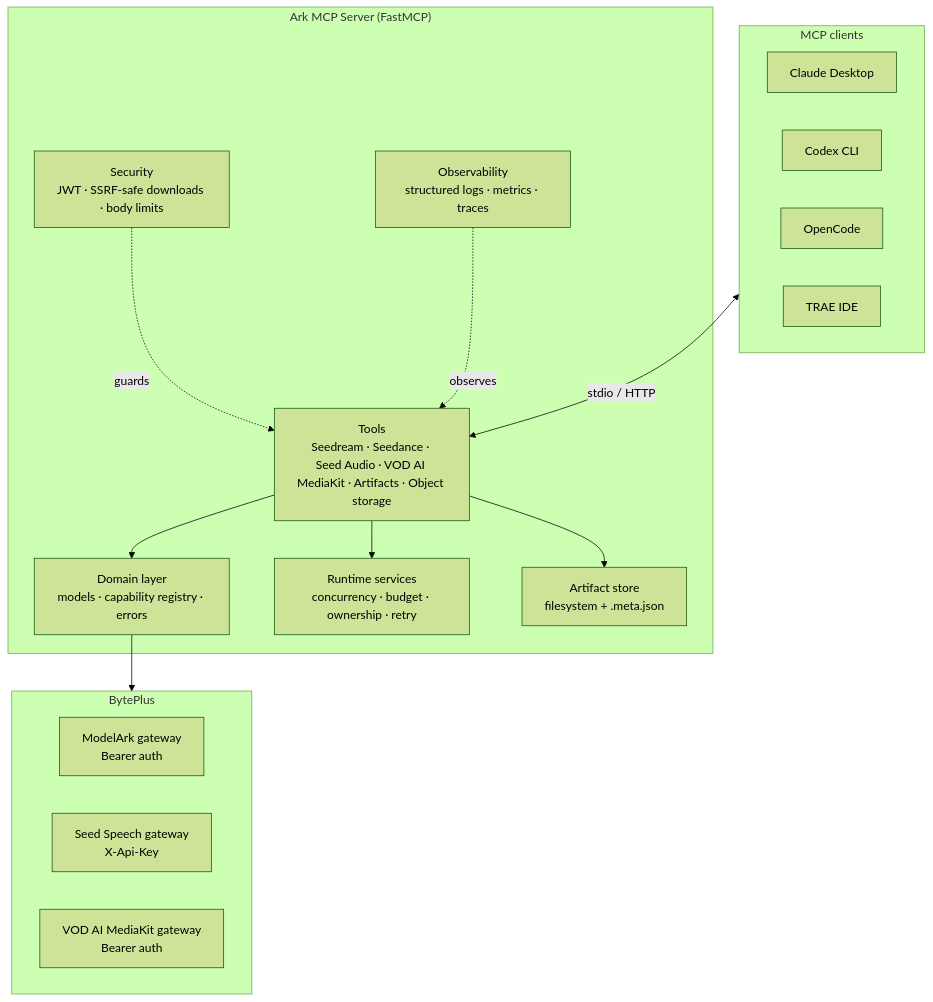
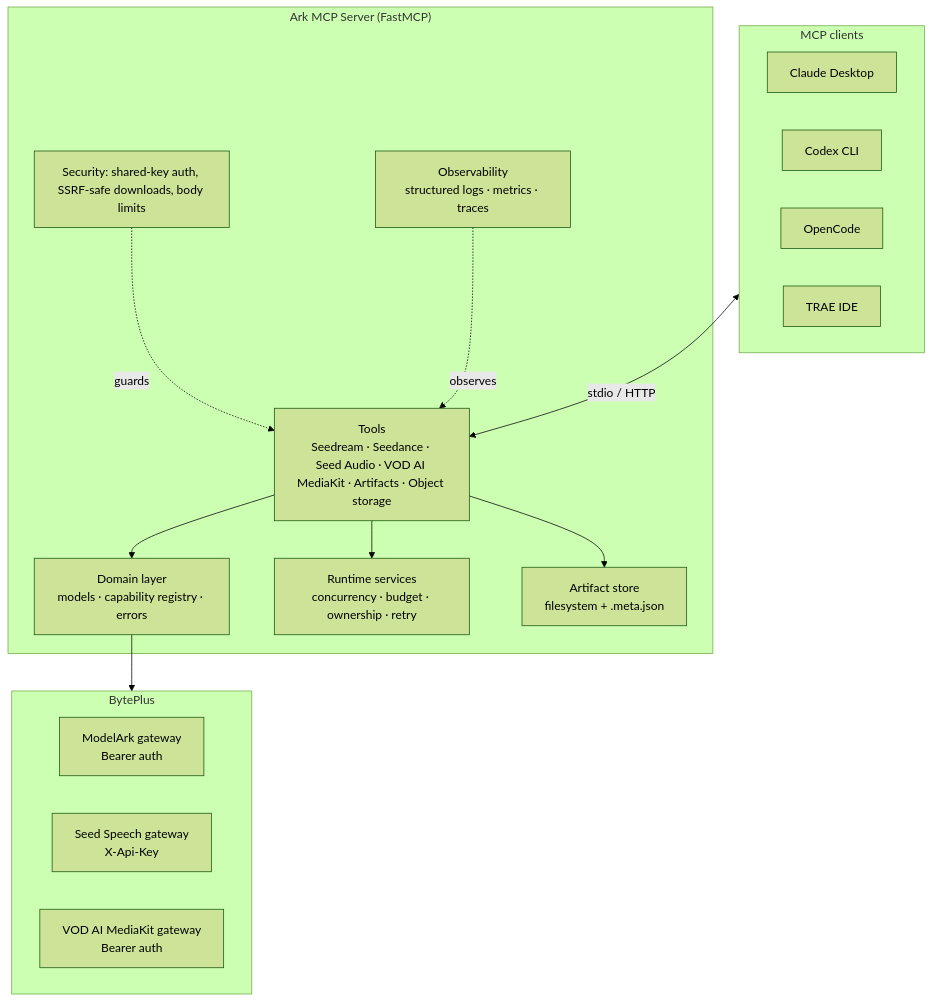
The first of 3 diagrams in README.md (byteplus-sa/ark-mcp), drawn with Mermaid (forest theme) before and after one commit. The commit also changed other lines of this file and 56 other files, not shown here.

First line of the commit message:
feat!: simplify hosted MCP authentication to one shared key

````diff
--- a/README.md
+++ b/README.md
@@ -150,29 +151,29 @@
 ```mermaid
 flowchart TB
   subgraph Client["MCP clients"]
     CD[Claude Desktop]
     CX[Codex CLI]
     OC[OpenCode]
     TR[TRAE IDE]
   end
   subgraph Server["Ark MCP Server (FastMCP)"]
     Tools["Tools<br/>Seedream · Seedance · Seed Audio · VOD AI MediaKit · Artifacts · Object storage"]
     Domain["Domain layer<br/>models · capability registry · errors"]
     Runtime["Runtime services<br/>concurrency · budget · ownership · retry"]
     Store["Artifact store<br/>filesystem + .meta.json"]
-    Sec["Security<br/>JWT · SSRF-safe downloads · body limits"]
+    Sec["Security: shared-key auth, SSRF-safe downloads, body limits"]
     Obs["Observability<br/>structured logs · metrics · traces"]
   end
   subgraph Providers["BytePlus"]
     MA["ModelArk gateway<br/>Bearer auth"]
     SS["Seed Speech gateway<br/>X-Api-Key"]
     VOD["VOD AI MediaKit gateway<br/>Bearer auth"]
   end
   Client <-->|"stdio / HTTP"| Tools
   Tools --> Domain
   Tools --> Runtime
   Tools --> Store
   Domain --> Providers
   Sec -. guards .-> Tools
   Obs -. observes .-> Tools
 ```
````
